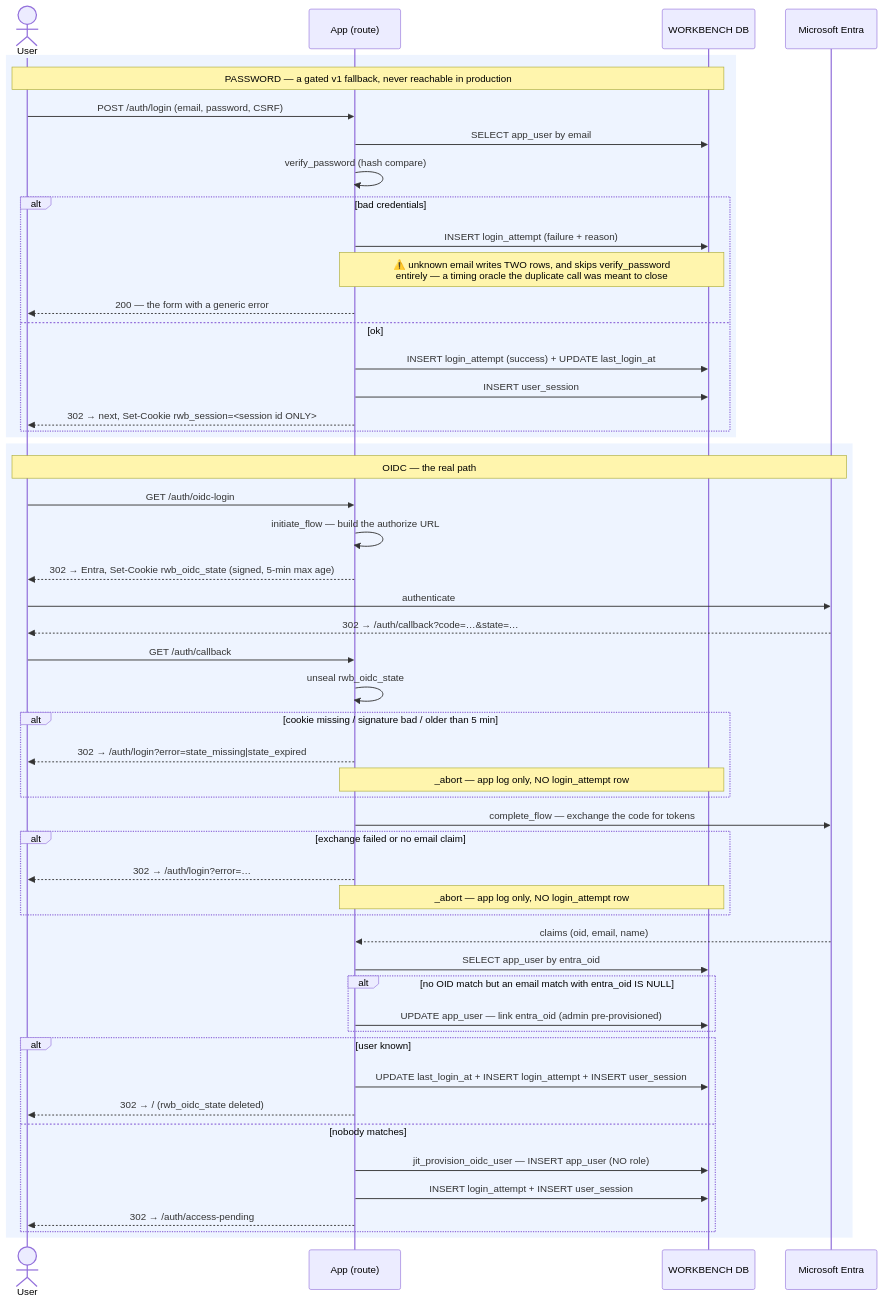
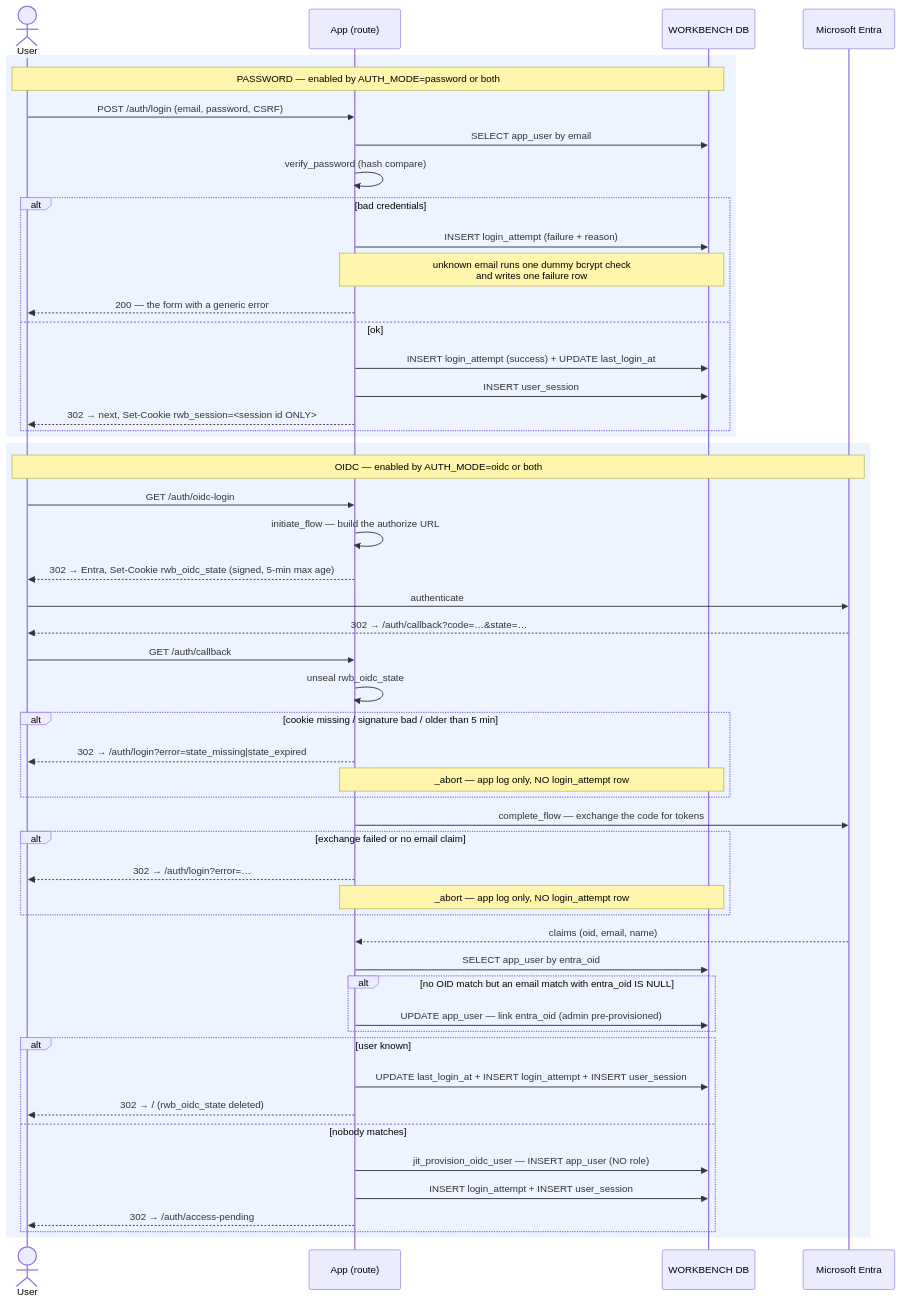
One commit to anilvenugopal/risk-workbench changed the first of 2 diagrams in docs/sequence_diagrams/auth/login_and_session.md. Above: the diagram before and after it, drawn with Mermaid. The commit also changed other lines of this file and 41 other files, not shown here.

````diff
--- a/docs/sequence_diagrams/auth/login_and_session.md
+++ b/docs/sequence_diagrams/auth/login_and_session.md
@@ -31,56 +29,56 @@
 ```mermaid
 sequenceDiagram
     actor User
     participant App as App (route)
     participant DB as WORKBENCH DB
     participant IdP as Microsoft Entra
 
     rect rgb(238,244,255)
-        Note over User,DB: PASSWORD — a gated v1 fallback, never reachable in production
+        Note over User,DB: PASSWORD — enabled by AUTH_MODE=password or both
         User->>App: POST /auth/login (email, password, CSRF)
         App->>DB: SELECT app_user by email
         App->>App: verify_password (hash compare)
         alt bad credentials
             App->>DB: INSERT login_attempt (failure + reason)
-            Note over App,DB: ⚠️ unknown email writes TWO rows, and skips verify_password<br/>entirely — a timing oracle the duplicate call was meant to close
+            Note over App,DB: unknown email runs one dummy bcrypt check<br/>and writes one failure row
             App-->>User: 200 — the form with a generic error
         else ok
             App->>DB: INSERT login_attempt (success) + UPDATE last_login_at
             App->>DB: INSERT user_session
             App-->>User: 302 → next, Set-Cookie rwb_session=<session id ONLY>
         end
     end
 
     rect rgb(238,244,255)
-        Note over User,IdP: OIDC — the real path
+        Note over User,IdP: OIDC — enabled by AUTH_MODE=oidc or both
         User->>App: GET /auth/oidc-login
         App->>App: initiate_flow — build the authorize URL
         App-->>User: 302 → Entra, Set-Cookie rwb_oidc_state (signed, 5-min max age)
         User->>IdP: authenticate
         IdP-->>User: 302 → /auth/callback?code=…&state=…
         User->>App: GET /auth/callback
         App->>App: unseal rwb_oidc_state
         alt cookie missing / signature bad / older than 5 min
             App-->>User: 302 → /auth/login?error=state_missing|state_expired
             Note over App,DB: _abort — app log only, NO login_attempt row
         end
         App->>IdP: complete_flow — exchange the code for tokens
         alt exchange failed or no email claim
             App-->>User: 302 → /auth/login?error=…
             Note over App,DB: _abort — app log only, NO login_attempt row
         end
         IdP-->>App: claims (oid, email, name)
         App->>DB: SELECT app_user by entra_oid
         alt no OID match but an email match with entra_oid IS NULL
             App->>DB: UPDATE app_user — link entra_oid (admin pre-provisioned)
         end
         alt user known
             App->>DB: UPDATE last_login_at + INSERT login_attempt + INSERT user_session
             App-->>User: 302 → /   (rwb_oidc_state deleted)
         else nobody matches
             App->>DB: jit_provision_oidc_user — INSERT app_user (NO role)
             App->>DB: INSERT login_attempt + INSERT user_session
             App-->>User: 302 → /auth/access-pending
         end
     end
 ```
````
